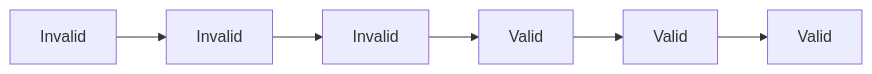
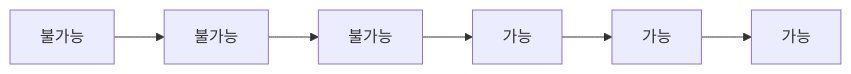
Before and after one commit to mandoobox/mandoobox.github.io: the first of 2 diagrams in _posts/algorithm/2026-03-07-binary-search.md, drawn with Mermaid. The commit also changed other lines of this file and 24 other files, not shown here.

Commit message:
feat: mermaid kr

````diff
--- a/_posts/algorithm/2026-03-07-binary-search.md
+++ b/_posts/algorithm/2026-03-07-binary-search.md
@@ -59,8 +59,8 @@
 ```mermaid
 flowchart LR
-    A["Invalid"] --> B["Invalid"]
-    B --> C["Invalid"]
-    C --> D["Valid"]
-    D --> E["Valid"]
-    E --> F["Valid"]
+    A["불가능"] --> B["불가능"]
+    B --> C["불가능"]
+    C --> D["가능"]
+    D --> E["가능"]
+    E --> F["가능"]
 ```
````
